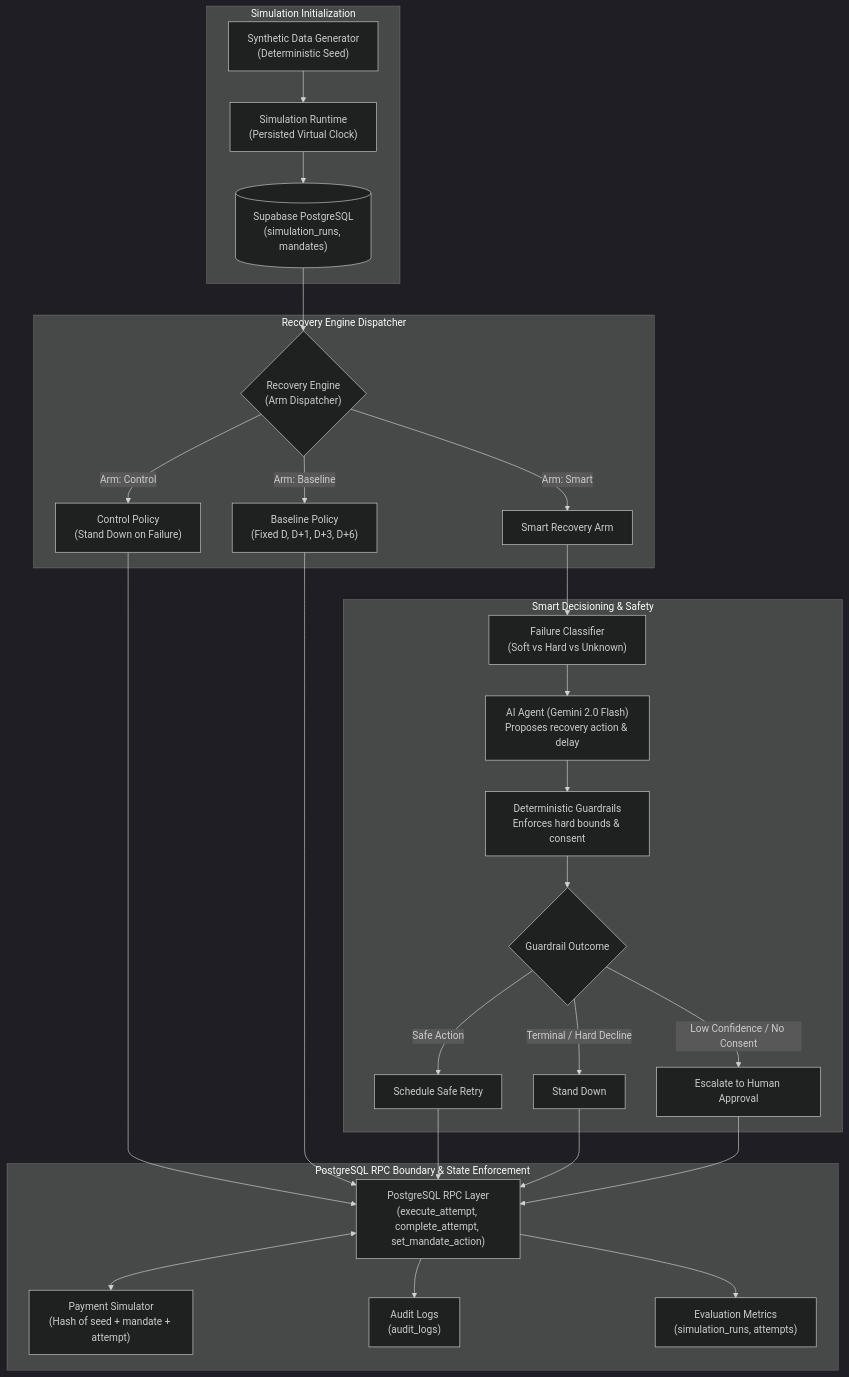
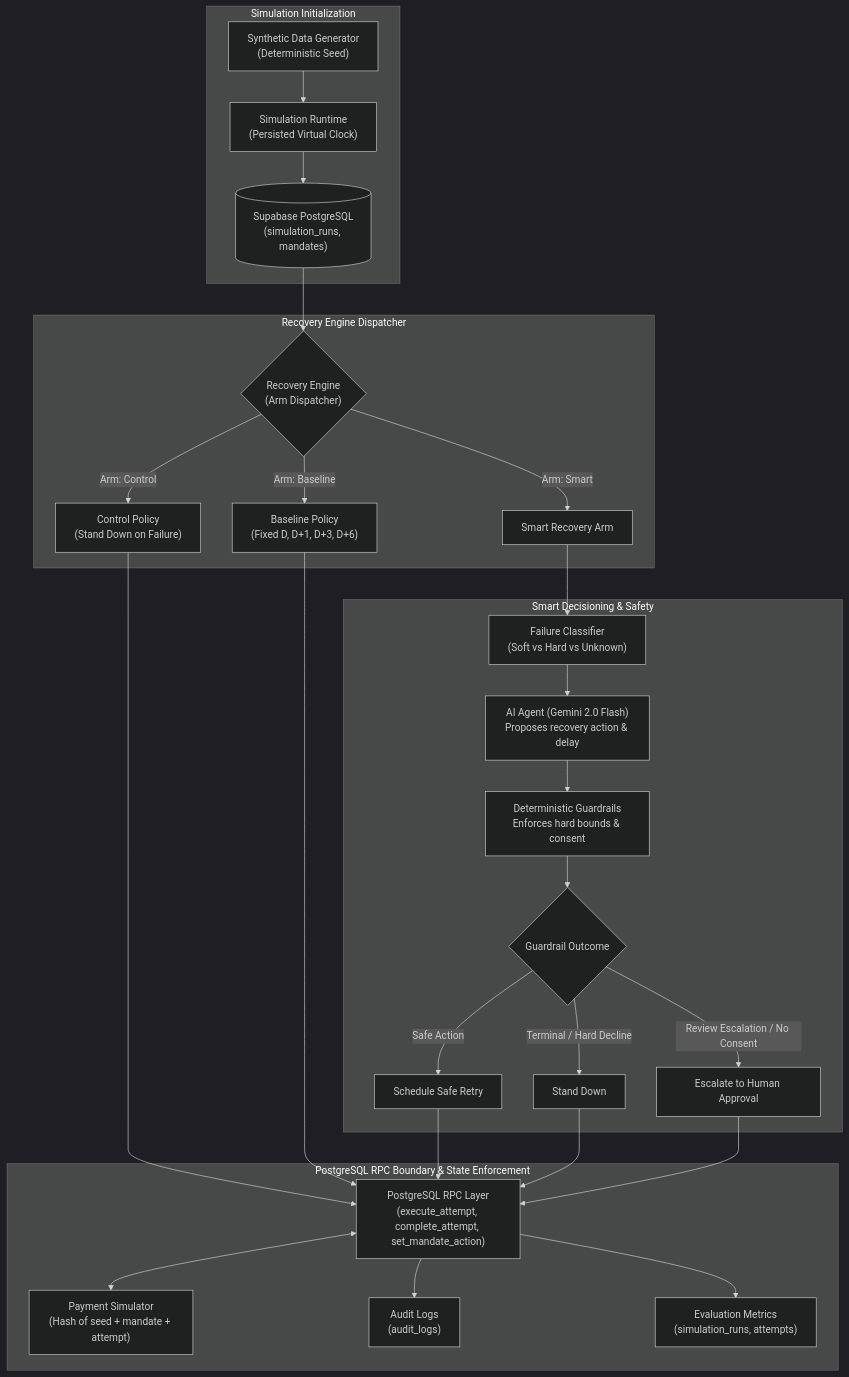
One commit to asawaricode/SettleLoop changed the diagram in README.md. Above: the diagram before and after it, drawn with Mermaid (dark theme). The commit also changed other lines of this file and 3 other files, not shown here.

````diff
--- a/README.md
+++ b/README.md
@@ -109,36 +109,36 @@
 ```mermaid
 flowchart TD
     subgraph InputLayer ["Simulation Initialization"]
         GEN["Synthetic Data Generator<br/>(Deterministic Seed)"] --> RUNTIME["Simulation Runtime<br/>(Persisted Virtual Clock)"]
         RUNTIME --> DB[("Supabase PostgreSQL<br/>(simulation_runs, mandates)")]
     end
 
     subgraph DispatchLayer ["Recovery Engine Dispatcher"]
         DB --> ENGINE{"Recovery Engine<br/>(Arm Dispatcher)"}
         ENGINE -->|"Arm: Control"| CTRL["Control Policy<br/>(Stand Down on Failure)"]
         ENGINE -->|"Arm: Baseline"| BASE["Baseline Policy<br/>(Fixed D, D+1, D+3, D+6)"]
         ENGINE -->|"Arm: Smart"| SMART["Smart Recovery Arm"]
     end
 
     subgraph SmartPipeline ["Smart Decisioning & Safety"]
         SMART --> FC["Failure Classifier<br/>(Soft vs Hard vs Unknown)"]
         FC --> AI["AI Agent (Gemini 2.0 Flash)<br/>Proposes recovery action & delay"]
         AI --> GUARD["Deterministic Guardrails<br/>Enforces hard bounds & consent"]
         GUARD --> DECISION{"Guardrail Outcome"}
         DECISION -->|"Safe Action"| ACT_RETRY["Schedule Safe Retry"]
         DECISION -->|"Terminal / Hard Decline"| ACT_SD["Stand Down"]
-        DECISION -->|"Low Confidence / No Consent"| ACT_HUMAN["Escalate to Human Approval"]
+        DECISION -->|"Review Escalation / No Consent"| ACT_HUMAN["Escalate to Human Approval"]
     end
 
     subgraph ExecutionLayer ["PostgreSQL RPC Boundary & State Enforcement"]
         CTRL --> RPC["PostgreSQL RPC Layer<br/>(execute_attempt, complete_attempt, set_mandate_action)"]
         BASE --> RPC
         ACT_RETRY --> RPC
         ACT_SD --> RPC
         ACT_HUMAN --> RPC
         
         RPC <--> SIM["Payment Simulator<br/>(Hash of seed + mandate + attempt)"]
         RPC --> OUT_AUDIT["Audit Logs<br/>(audit_logs)"]
         RPC --> OUT_METRICS["Evaluation Metrics<br/>(simulation_runs, attempts)"]
     end
 ```
````
